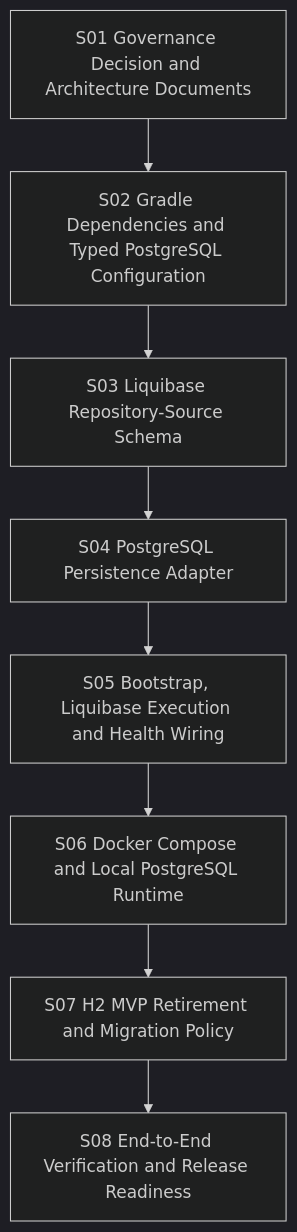
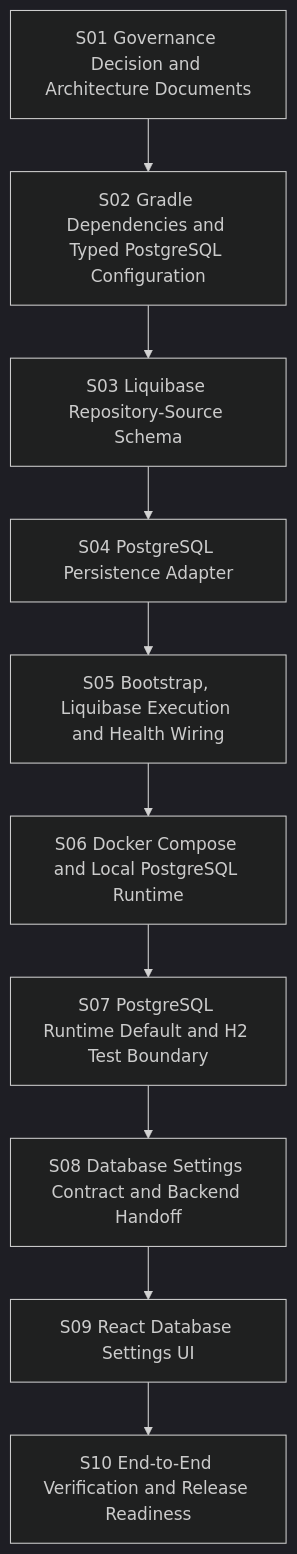
Before and after one commit to MatthiasBurger-Coder/forensic_analytics: the diagram in docs/workflow/slice-dependency-map.md, drawn with Mermaid (dark theme). The commit also changed other lines of this file and 10 other files, not shown here.

````diff
--- a/docs/workflow/slice-dependency-map.md
+++ b/docs/workflow/slice-dependency-map.md
@@ -3,19 +3,23 @@
 ```mermaid
 flowchart TD
     S01["S01 Governance Decision and Architecture Documents"]
     S02["S02 Gradle Dependencies and Typed PostgreSQL Configuration"]
     S03["S03 Liquibase Repository-Source Schema"]
     S04["S04 PostgreSQL Persistence Adapter"]
     S05["S05 Bootstrap, Liquibase Execution and Health Wiring"]
     S06["S06 Docker Compose and Local PostgreSQL Runtime"]
-    S07["S07 H2 MVP Retirement and Migration Policy"]
-    S08["S08 End-to-End Verification and Release Readiness"]
+    S07["S07 PostgreSQL Runtime Default and H2 Test Boundary"]
+    S08["S08 Database Settings Contract and Backend Handoff"]
+    S09["S09 React Database Settings UI"]
+    S10["S10 End-to-End Verification and Release Readiness"]
 
     S01 --> S02
     S02 --> S03
     S03 --> S04
     S04 --> S05
     S05 --> S06
     S06 --> S07
     S07 --> S08
+    S08 --> S09
+    S09 --> S10
 ```
````
